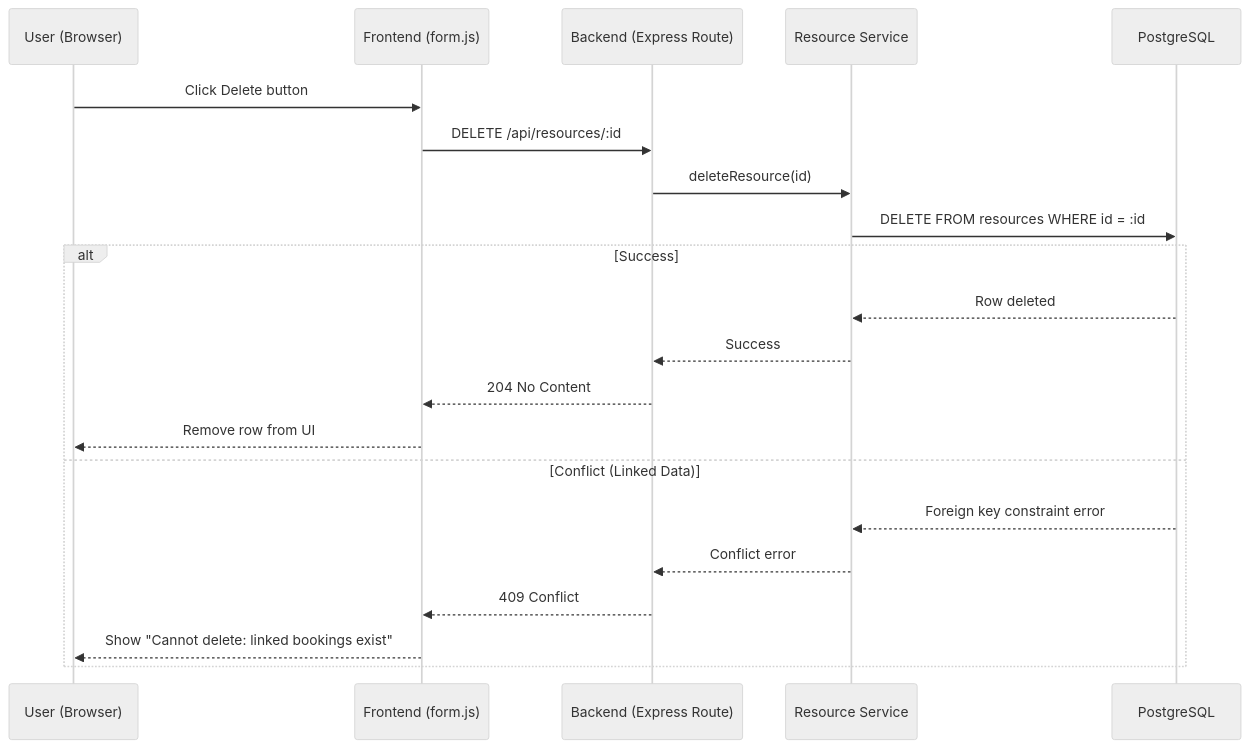
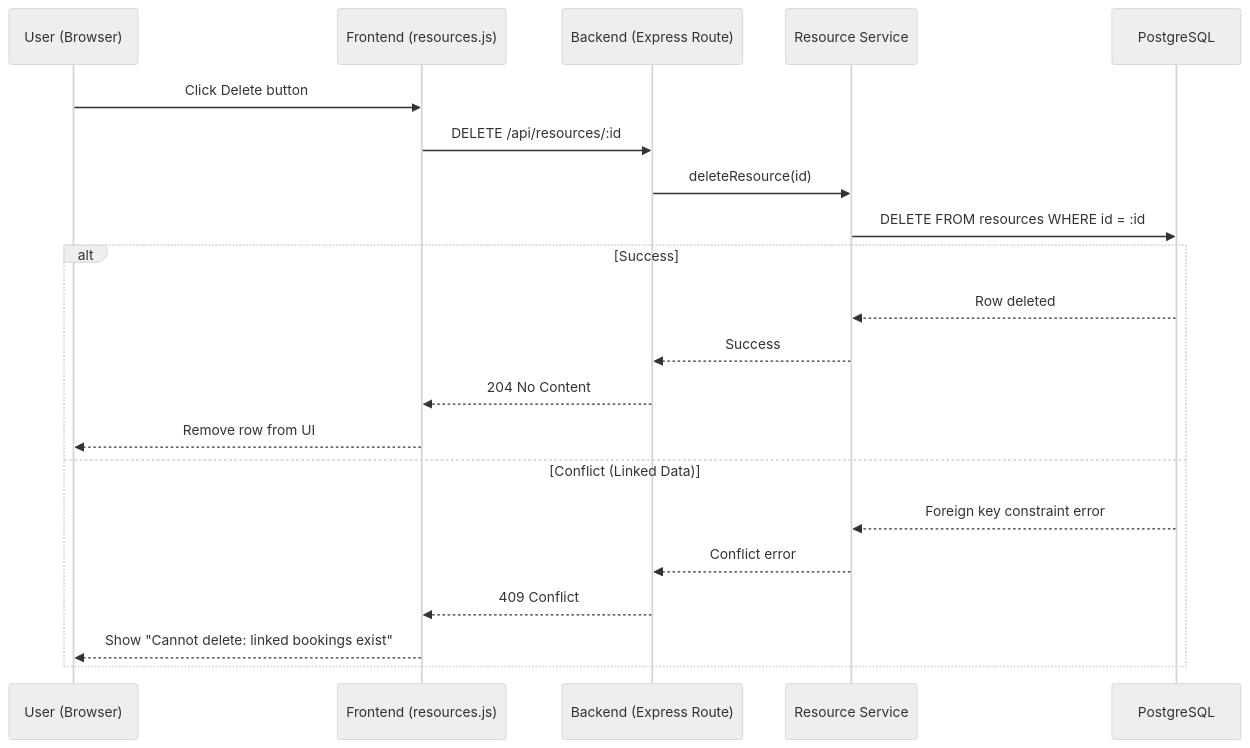
Before and after one commit to Joon44s/Web-kehittamisen-jatkokurssi: the fourth of 4 diagrams in BookingSystem/Phase6/G1_CRUD_DataFlow.md, drawn with Mermaid (neutral theme). The commit also changed other lines of this file, not shown here.

Commit message:
Fix sequence diagram formatting and correct function names in G1 CRUD Data Flow documentation

````diff
--- a/BookingSystem/Phase6/G1_CRUD_DataFlow.md
+++ b/BookingSystem/Phase6/G1_CRUD_DataFlow.md
@@ -105,25 +115,26 @@
 ```mermaid
 sequenceDiagram
     participant U as User (Browser)
-    participant F as Frontend (form.js)
+    participant F as Frontend (resources.js)
     participant B as Backend (Express Route)
     participant S as Resource Service
     participant DB as PostgreSQL
 
     U->>F: Click Delete button
     F->>B: DELETE /api/resources/:id
+
     B->>S: deleteResource(id)
     S->>DB: DELETE FROM resources WHERE id = :id
 
     alt Success
         DB-->>S: Row deleted
         S-->>B: Success
         B-->>F: 204 No Content
         F-->>U: Remove row from UI
     else Conflict (Linked Data)
         DB-->>S: Foreign key constraint error
         S-->>B: Conflict error
         B-->>F: 409 Conflict
         F-->>U: Show "Cannot delete: linked bookings exist"
     end
 ```
````
